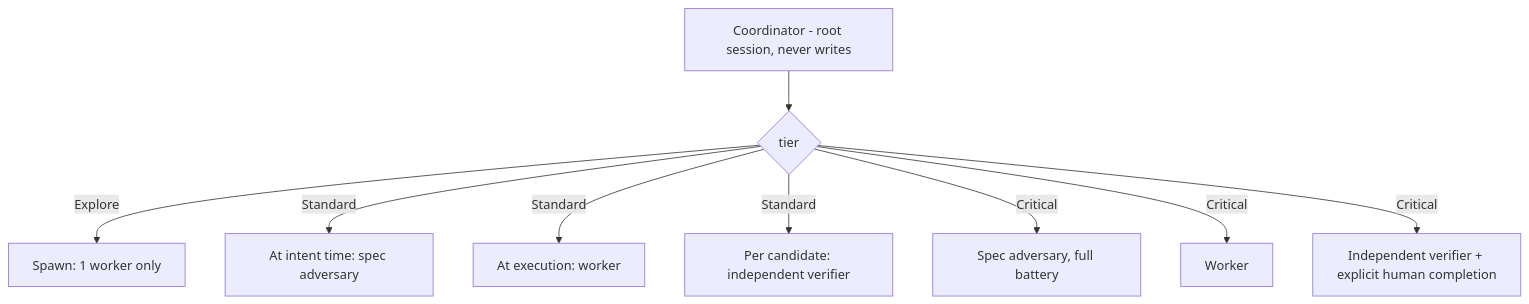
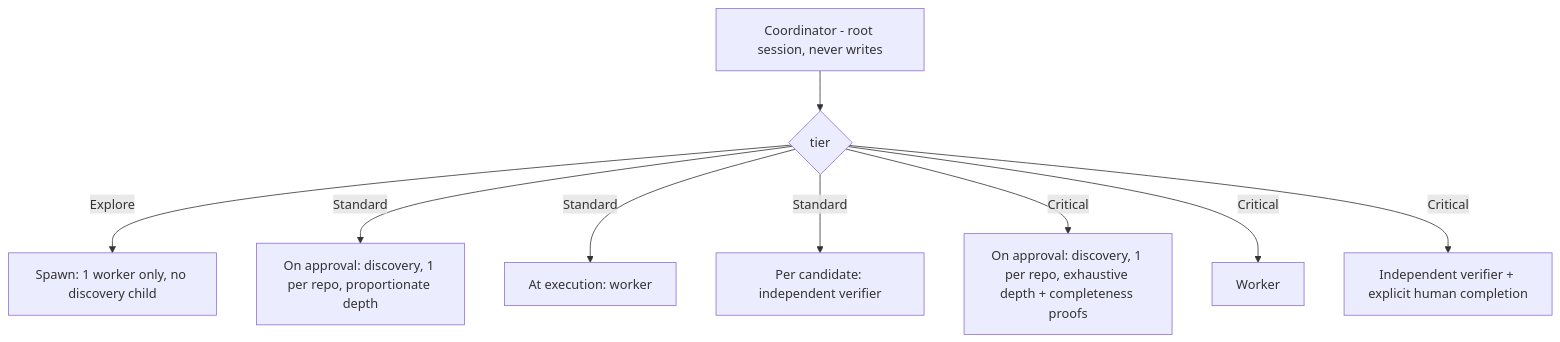
Before and after one commit to kaotypr/context-circuit-source: the third of 7 diagrams in sources/context-circuit-v1.0/diagrams.md, drawn with Mermaid. The commit also changed other lines of this file and 22 other files, not shown here.

First line of the commit message:
docs(sources): refactor v1.0 study around a discovery phase, dropping the spec adversary

````diff
--- a/sources/context-circuit-v1.0/diagrams.md
+++ b/sources/context-circuit-v1.0/diagrams.md
@@ -69,11 +85,11 @@
 ```mermaid
 flowchart TD
     CO[Coordinator - root session, never writes] --> T{tier}
-    T -->|Explore| E1[Spawn: 1 worker only]
-    T -->|Standard| S1[At intent time: spec adversary]
+    T -->|Explore| E1[Spawn: 1 worker only, no discovery child]
+    T -->|Standard| S1[On approval: discovery, 1 per repo, proportionate depth]
     T -->|Standard| S2[At execution: worker]
     T -->|Standard| S3[Per candidate: independent verifier]
-    T -->|Critical| C1[Spec adversary, full battery]
+    T -->|Critical| C1[On approval: discovery, 1 per repo, exhaustive depth + completeness proofs]
     T -->|Critical| C2[Worker]
     T -->|Critical| C3[Independent verifier + explicit human completion]
 ```
````
